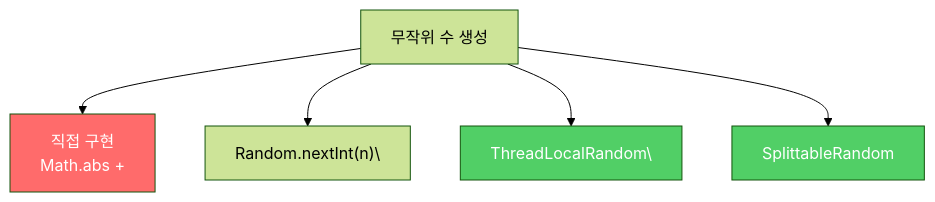
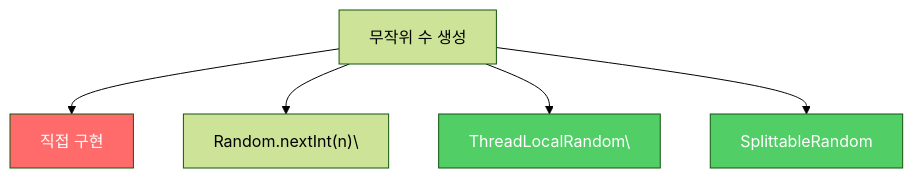
Before and after one commit to yjkim2015/yjkim2015.github.io: the diagram in _posts/java/2022-02-12-effective-java59.md, drawn with Mermaid (forest theme). The commit also changed 217 other files, not shown here.

First line of the commit message:
Mermaid 크기 수정: useMaxWidth:true + SVG max-width:100% + 라벨 축소

````diff
--- a/_posts/java/2022-02-12-effective-java59.md
+++ b/_posts/java/2022-02-12-effective-java59.md
@@ -59,10 +59,10 @@
 ```mermaid
 graph TD
-    A["무작위 수 생성"] --> B["직접 구현\nMath.abs +"]
+    A["무작위 수 생성"] --> B["직접 구현"]
     A --> C["Random.nextInt(n)\"]
     A --> D["ThreadLocalRandom\"]
-    A --> E["SplittableRandom\n"]
+    A --> E["SplittableRandom"]
     style B fill:#ff6b6b,color:#fff
     style D fill:#51cf66,color:#fff
     style E fill:#51cf66,color:#fff
 ```
````
